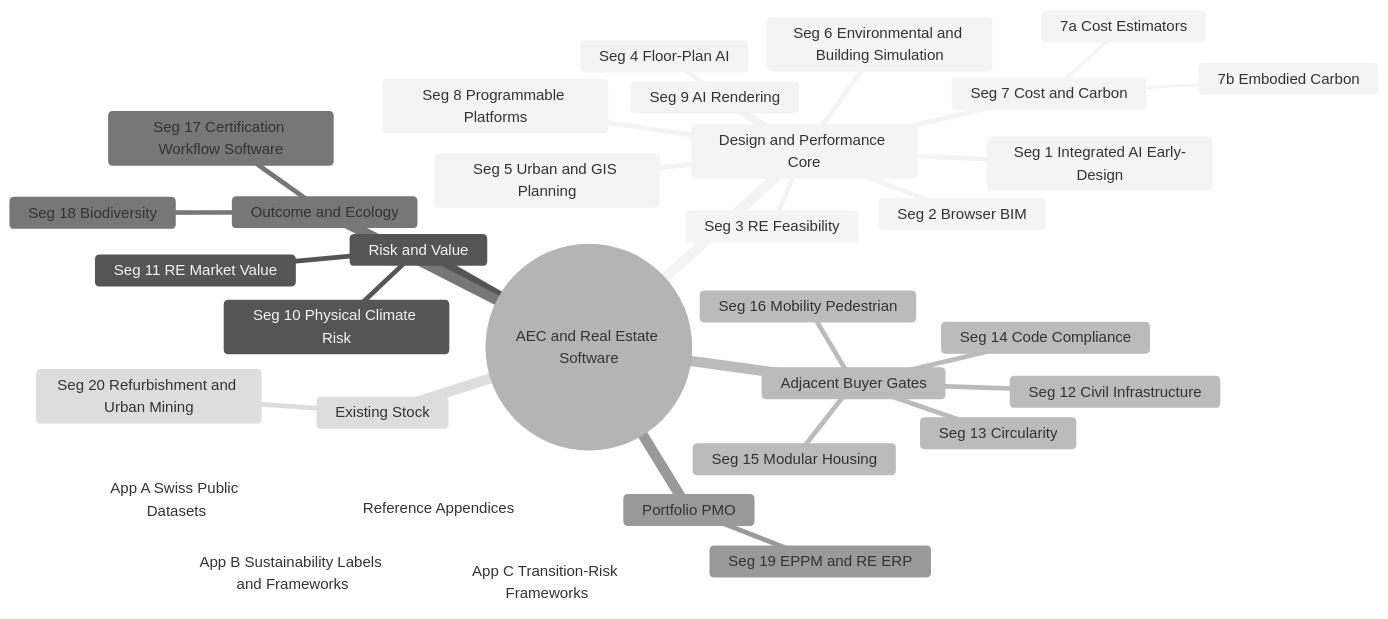
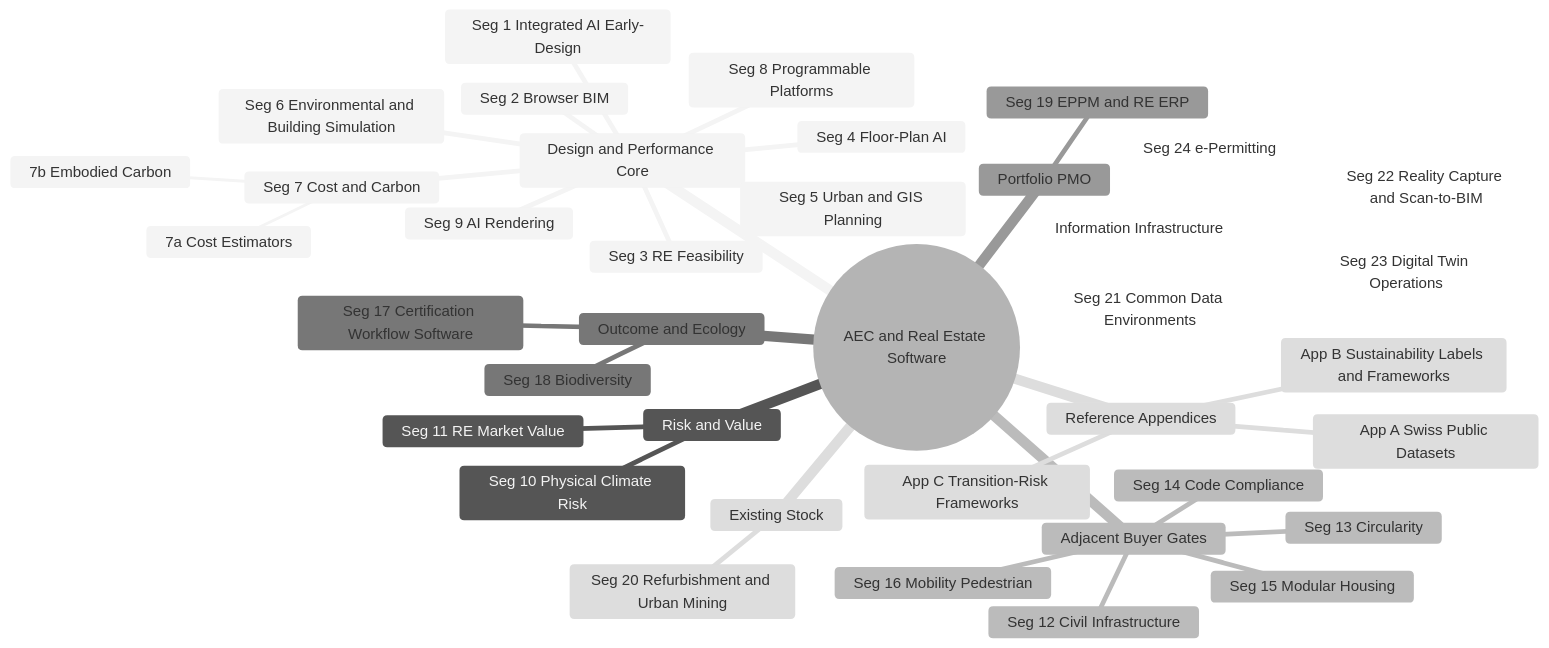
Before and after one commit to bbl-dres/ppm-cockpit: the diagram in docs/MARKETSCREEN.md, drawn with Mermaid (neutral theme). The commit also changed other lines of this file and 18 other files, not shown here.

````diff
--- a/docs/MARKETSCREEN.md
+++ b/docs/MARKETSCREEN.md
@@ -9,36 +9,41 @@
 ```mermaid
 mindmap
   root((AEC and Real Estate Software))
     Design and Performance Core
       Seg 1 Integrated AI Early-Design
       Seg 2 Browser BIM
       Seg 3 RE Feasibility
       Seg 4 Floor-Plan AI
       Seg 5 Urban and GIS Planning
       Seg 6 Environmental and Building Simulation
       Seg 7 Cost and Carbon
         7a Cost Estimators
         7b Embodied Carbon
       Seg 8 Programmable Platforms
       Seg 9 AI Rendering
     Risk and Value
       Seg 10 Physical Climate Risk
       Seg 11 RE Market Value
     Adjacent Buyer Gates
       Seg 12 Civil Infrastructure
       Seg 13 Circularity
       Seg 14 Code Compliance
       Seg 15 Modular Housing
       Seg 16 Mobility Pedestrian
     Outcome and Ecology
       Seg 17 Certification Workflow Software
       Seg 18 Biodiversity
     Portfolio PMO
       Seg 19 EPPM and RE ERP
     Existing Stock
       Seg 20 Refurbishment and Urban Mining
+    Information Infrastructure
+      Seg 21 Common Data Environments
+      Seg 22 Reality Capture and Scan-to-BIM
+      Seg 23 Digital Twin Operations
+      Seg 24 e-Permitting
     Reference Appendices
       App A Swiss Public Datasets
       App B Sustainability Labels and Frameworks
       App C Transition-Risk Frameworks
 ```
````
